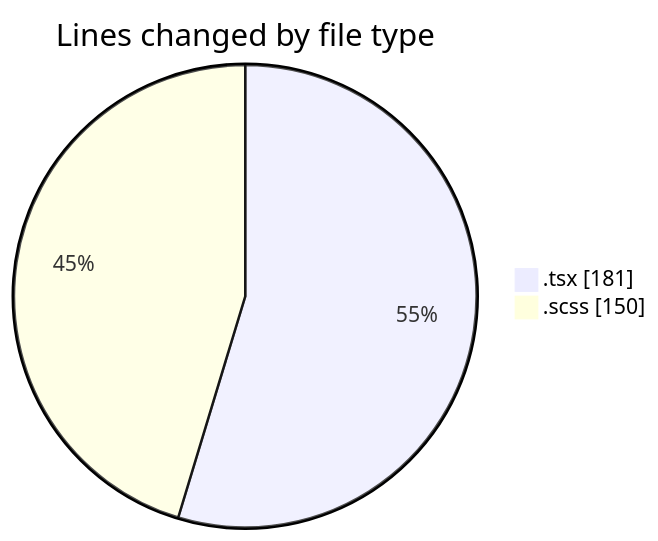
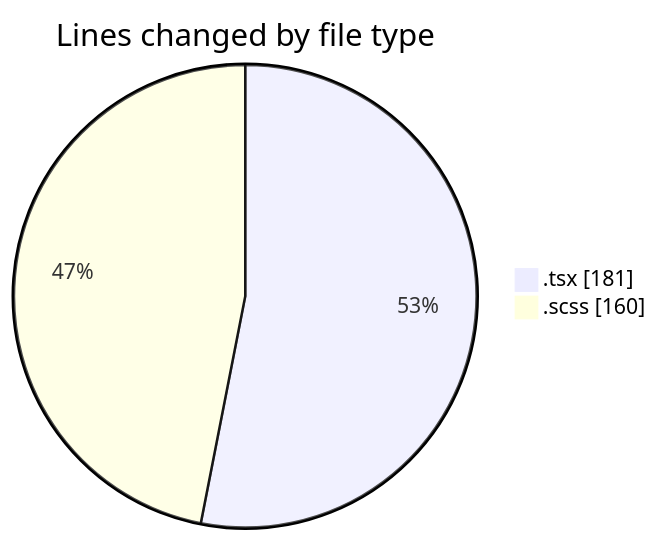
The first of 2 diagrams in 2025-09-16/cda/README.md (momahboobian/code-tracking), drawn with Mermaid before and after one commit. The commit also changed other lines of this file and 1 other file, not shown here.

````diff
--- a/2025-09-16/cda/README.md
+++ b/2025-09-16/cda/README.md
@@ -22,6 +22,6 @@
 ```mermaid
 pie showData
 title Lines changed by file type
 ".tsx" : 181
-".scss" : 150
+".scss" : 160
 ```
````
